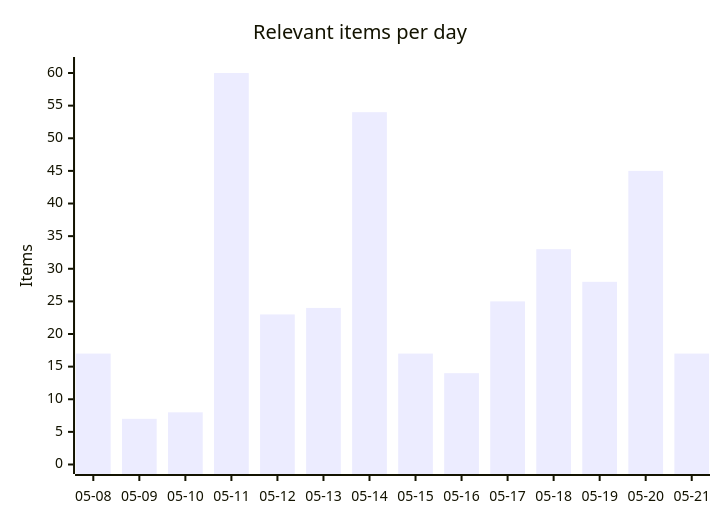
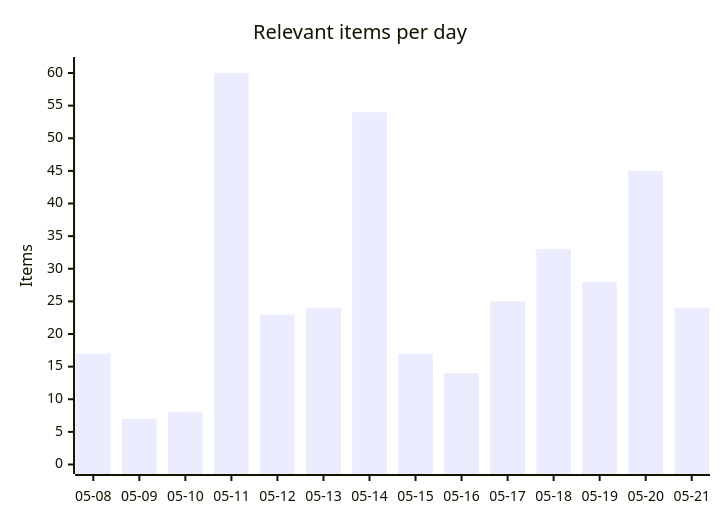
One commit to martinbalfanz/social-scanner-reports changed the first of 4 diagrams in README.md. Above: the diagram before and after it, drawn with Mermaid. The commit also changed other lines of this file and 5 other files, not shown here.

````diff
--- a/README.md
+++ b/README.md
@@ -30,7 +30,7 @@
 ```mermaid
 xychart-beta
     title "Relevant items per day"
     x-axis ["05-08", "05-09", "05-10", "05-11", "05-12", "05-13", "05-14", "05-15", "05-16", "05-17", "05-18", "05-19", "05-20", "05-21"]
     y-axis "Items" 0 --> 61
-    bar [17, 7, 8, 60, 23, 24, 54, 17, 14, 25, 33, 28, 45, 17]
+    bar [17, 7, 8, 60, 23, 24, 54, 17, 14, 25, 33, 28, 45, 24]
 ```
````
